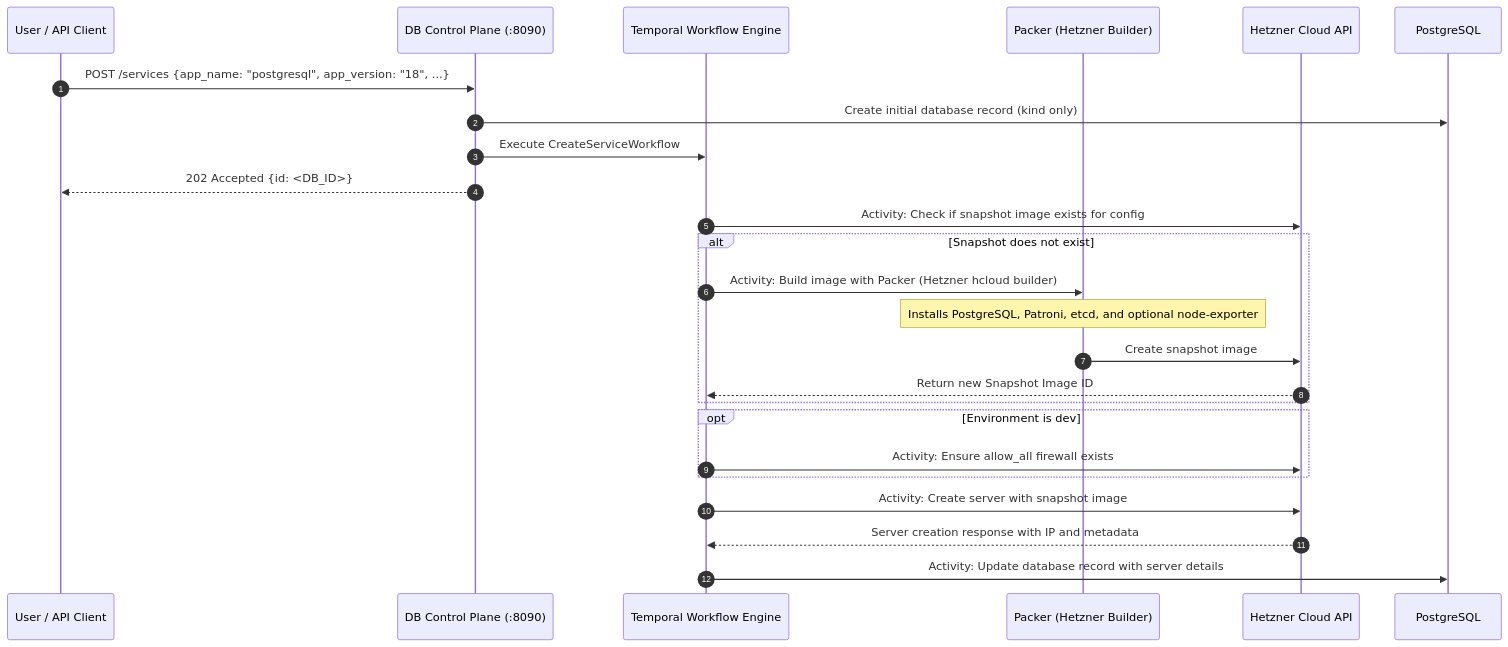
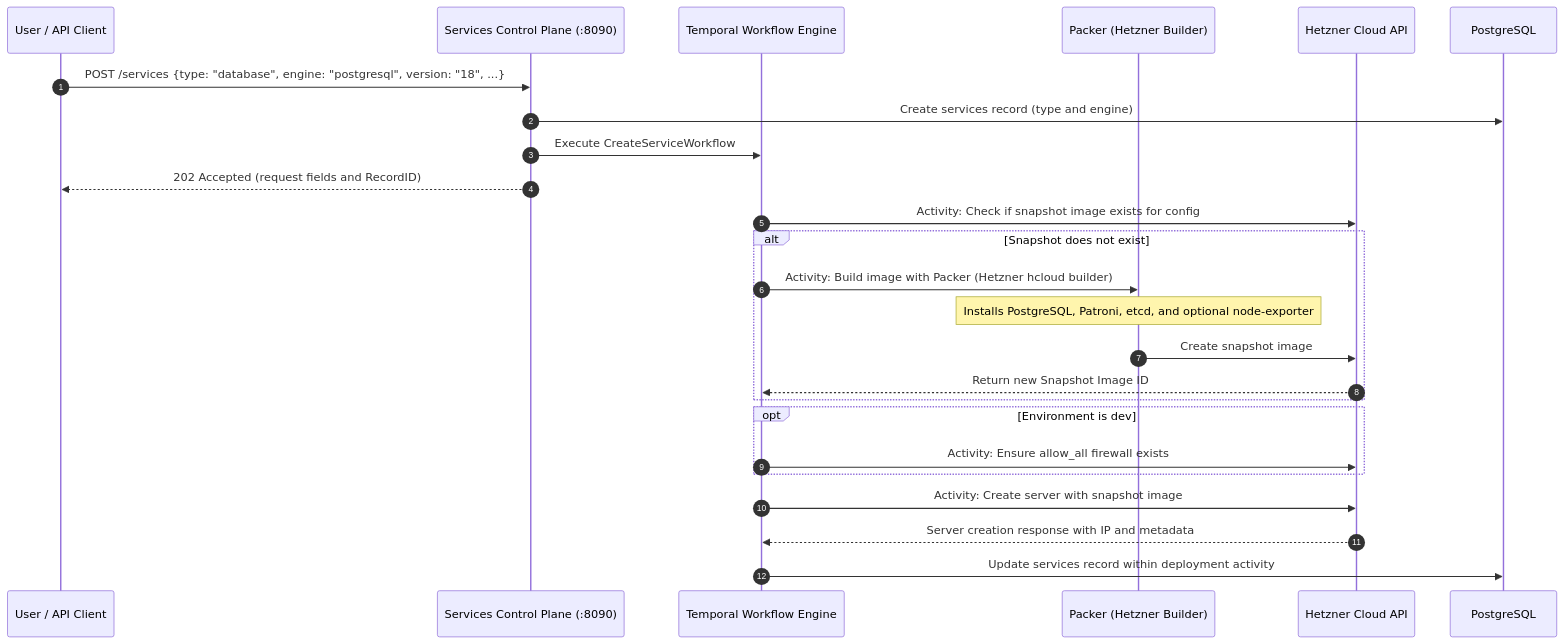
The third of 3 diagrams in README.md (ahmedhesham301/autoscaling-hetzner), drawn with Mermaid before and after one commit. The commit also changed other lines of this file, not shown here.

Commit message:
docs: update README to reflect changes in services control plane and repository layout

````diff
--- a/README.md
+++ b/README.md
@@ -175,31 +208,31 @@
 ```mermaid
 sequenceDiagram
     autonumber
     participant Client as User / API Client
-    participant DBCP as DB Control Plane (:8090)
+    participant DBCP as Services Control Plane (:8090)
     participant Temporal as Temporal Workflow Engine
     participant Packer as Packer (Hetzner Builder)
     participant Hetzner as Hetzner Cloud API
     participant DB as PostgreSQL
 
-    Client->>DBCP: POST /services {app_name: "postgresql", app_version: "18", ...}
-    DBCP->>DB: Create initial database record (kind only)
+    Client->>DBCP: POST /services {type: "database", engine: "postgresql", version: "18", ...}
+    DBCP->>DB: Create services record (type and engine)
     DBCP->>Temporal: Execute CreateServiceWorkflow
-    DBCP-->>Client: 202 Accepted {id: <DB_ID>}
+    DBCP-->>Client: 202 Accepted (request fields and RecordID)
 
     Temporal->>Hetzner: Activity: Check if snapshot image exists for config
     alt Snapshot does not exist
         Temporal->>Packer: Activity: Build image with Packer (Hetzner hcloud builder)
         Note over Packer: Installs PostgreSQL, Patroni, etcd, and optional node-exporter
         Packer->>Hetzner: Create snapshot image
         Hetzner-->>Temporal: Return new Snapshot Image ID
     end
 
     opt Environment is dev
         Temporal->>Hetzner: Activity: Ensure allow_all firewall exists
     end
 
     Temporal->>Hetzner: Activity: Create server with snapshot image
     Hetzner-->>Temporal: Server creation response with IP and metadata
-    Temporal->>DB: Activity: Update database record with server details
+    Temporal->>DB: Update services record within deployment activity
 ```
````
